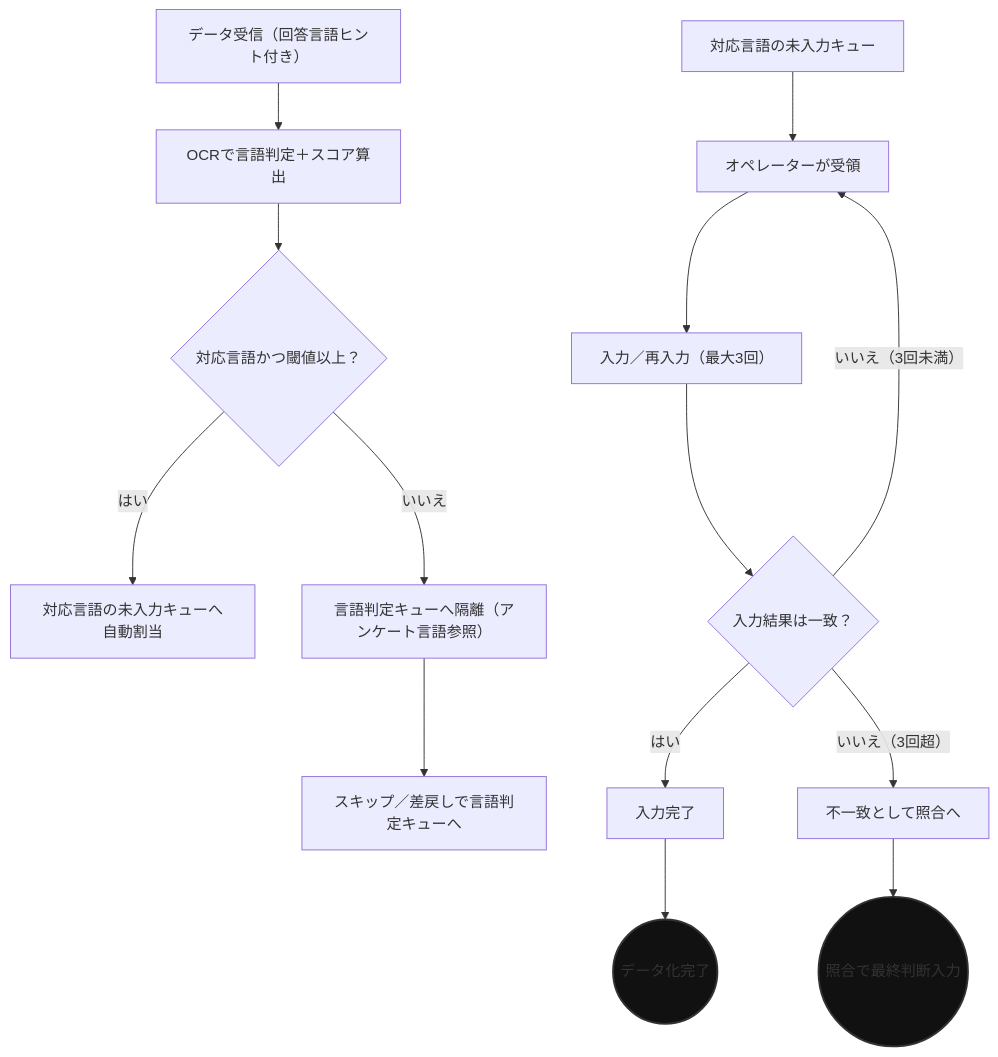
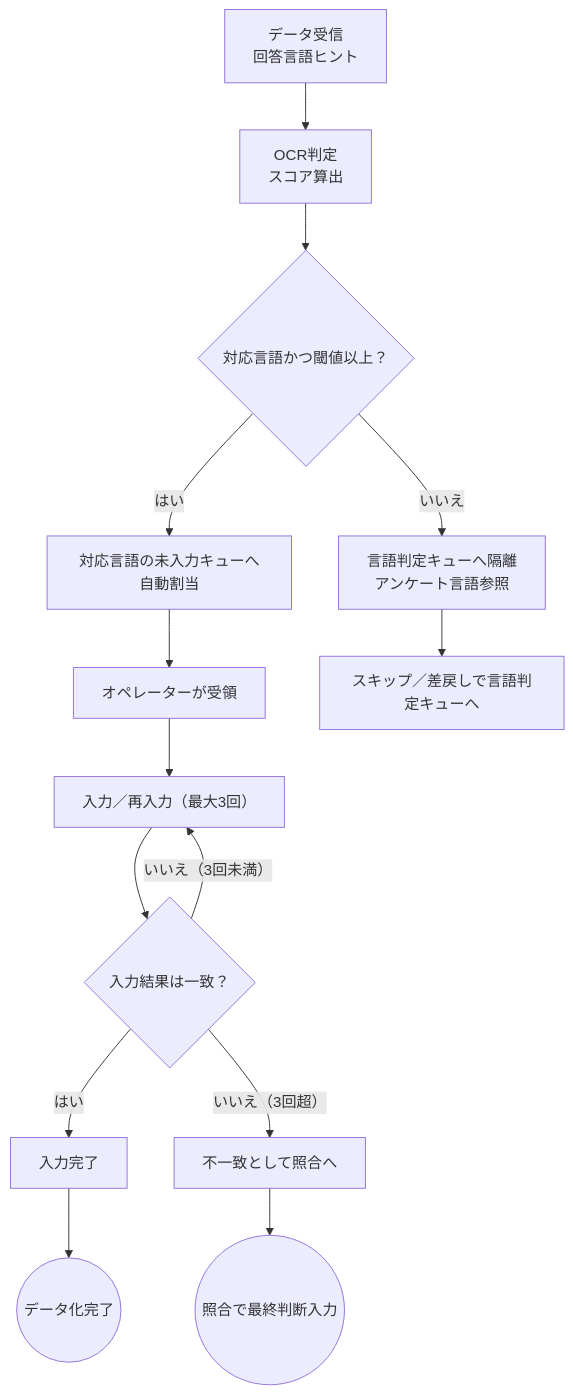
The second of 4 diagrams in docs/product/requirements/multilingual_requirements.md (AbroadUmedaShota/SPPED-AD-TEST), drawn with Mermaid before and after one commit. The commit also changed other lines of this file and 2 other files, not shown here.

Commit message:
フロー図の修正

````diff
--- a/docs/product/requirements/multilingual_requirements.md
+++ b/docs/product/requirements/multilingual_requirements.md
@@ -65,20 +64,20 @@
 ```mermaid
 graph TD;
-    A[データ受信（回答言語ヒント付き）] --> B[OCRで言語判定＋スコア算出];
-    B --> C{対応言語かつ閾値以上？};
-    C -->|はい| D[対応言語の未入力キューへ自動割当];
-    C -->|いいえ| E[言語判定キューへ隔離（アンケート言語参照）];
 
-    F[対応言語の未入力キュー] --> G[オペレーターが受領];
-    G --> H[入力／再入力（最大3回）];
-    H --> I{入力結果は一致？};
-    I -->|はい| J[入力完了];
-    I -->|いいえ（3回未満）| G;
-    I -->|いいえ（3回超）| K[不一致として照合へ];
-    E --> L[スキップ／差戻しで言語判定キューへ];
+    A["データ受信<br/>回答言語ヒント"] --> B["OCR判定<br/>スコア算出"];
+    B --> C{"対応言語かつ閾値以上？"};
+    C -->|"はい"| D["対応言語の未入力キューへ自動割当"];
+    C -->|"いいえ"| E["言語判定キューへ隔離<br/>アンケート言語参照"];
 
-    J --> M((データ化完了));
-    K --> N((照合で最終判断入力));
-    style M fill:#111,stroke:#333,stroke-width:2px;
-    style N fill:#111,stroke:#333,stroke-width:2px;
+    D --> F["オペレーターが受領"];
+    F --> G["入力／再入力（最大3回）"];
+    G --> H{"入力結果は一致？"};
+    H -->|"はい"| I["入力完了"];
+    H -->|"いいえ（3回未満）"| G;
+    H -->|"いいえ（3回超）"| J["不一致として照合へ"];
+    E --> K["スキップ／差戻しで言語判定キューへ"];
+
+    I --> L((データ化完了));
+    J --> M((照合で最終判断入力));
+
 ```
````
